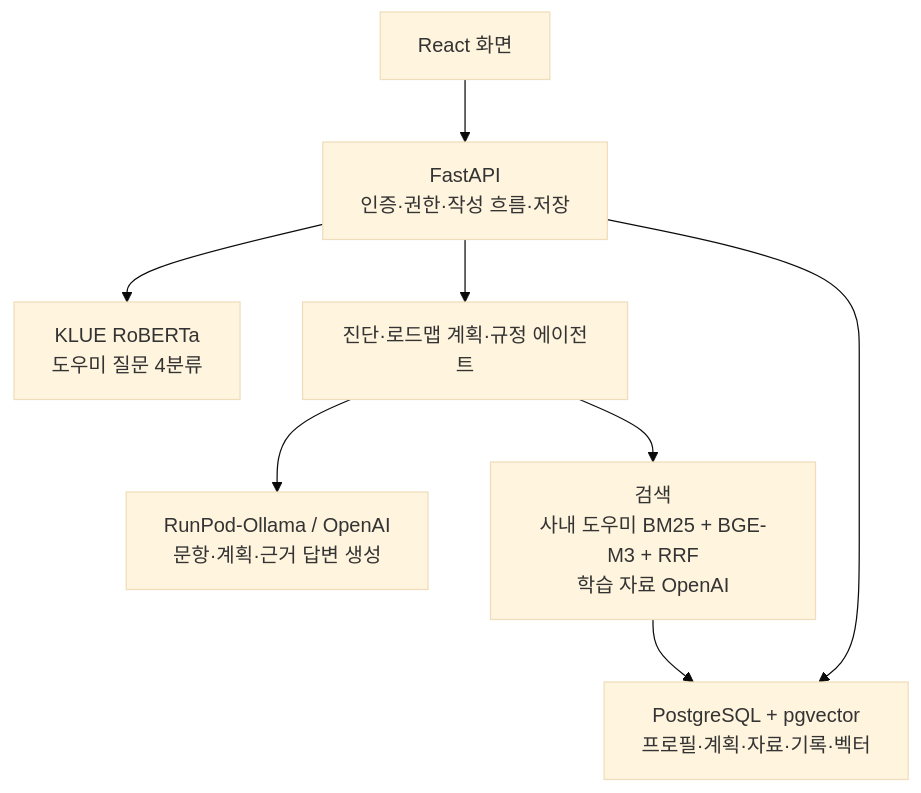
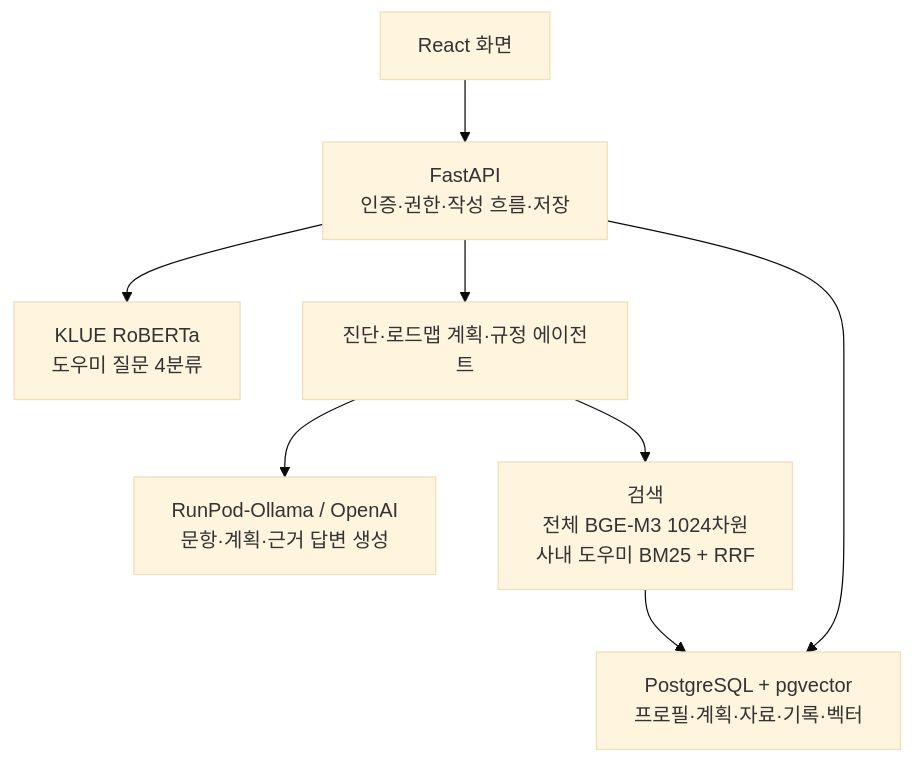
The second of 2 diagrams in README.md (20260528-skn-family-ai-33/SKN33-Final-2Team), drawn with Mermaid (base theme) before and after one commit. The commit also changed other lines of this file and 25 other files, not shown here.

````diff
--- a/README.md
+++ b/README.md
@@ -67,10 +67,10 @@
 ```mermaid
 flowchart TB
     UI["React 화면"] --> API["FastAPI<br/>인증·권한·작성 흐름·저장"]
     API --> CLASSIFIER["KLUE RoBERTa<br/>도우미 질문 4분류"]
     API --> AGENTS["진단·로드맵 계획·규정 에이전트"]
     API --> DB["PostgreSQL + pgvector<br/>프로필·계획·자료·기록·벡터"]
     AGENTS --> LLM["RunPod-Ollama / OpenAI<br/>문항·계획·근거 답변 생성"]
-    AGENTS --> EMBED["검색<br/>사내 도우미 BM25 + BGE-M3 + RRF<br/>학습 자료 OpenAI"]
+    AGENTS --> EMBED["검색<br/>전체 BGE-M3 1024차원<br/>사내 도우미 BM25 + RRF"]
     EMBED --> DB
 ```
````
